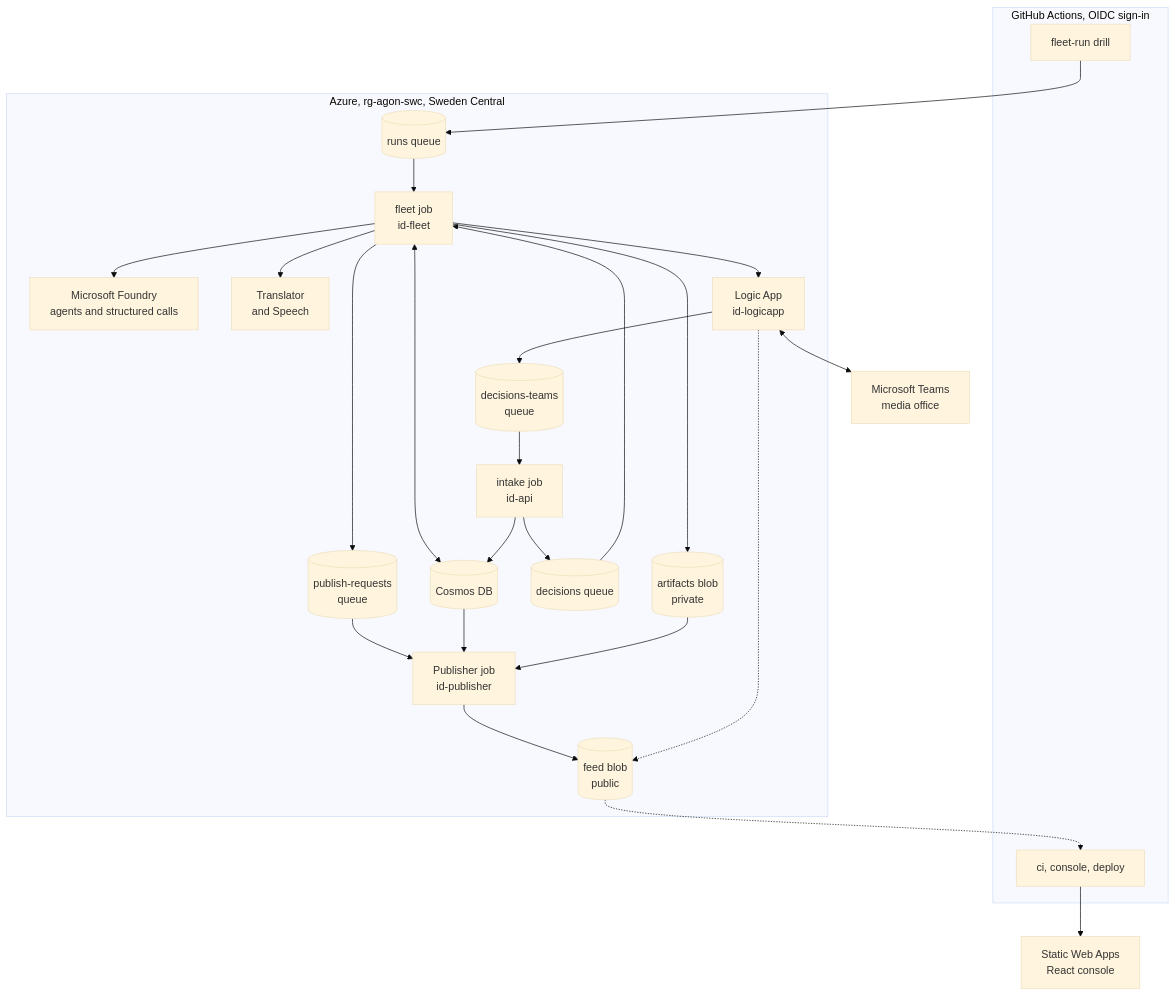
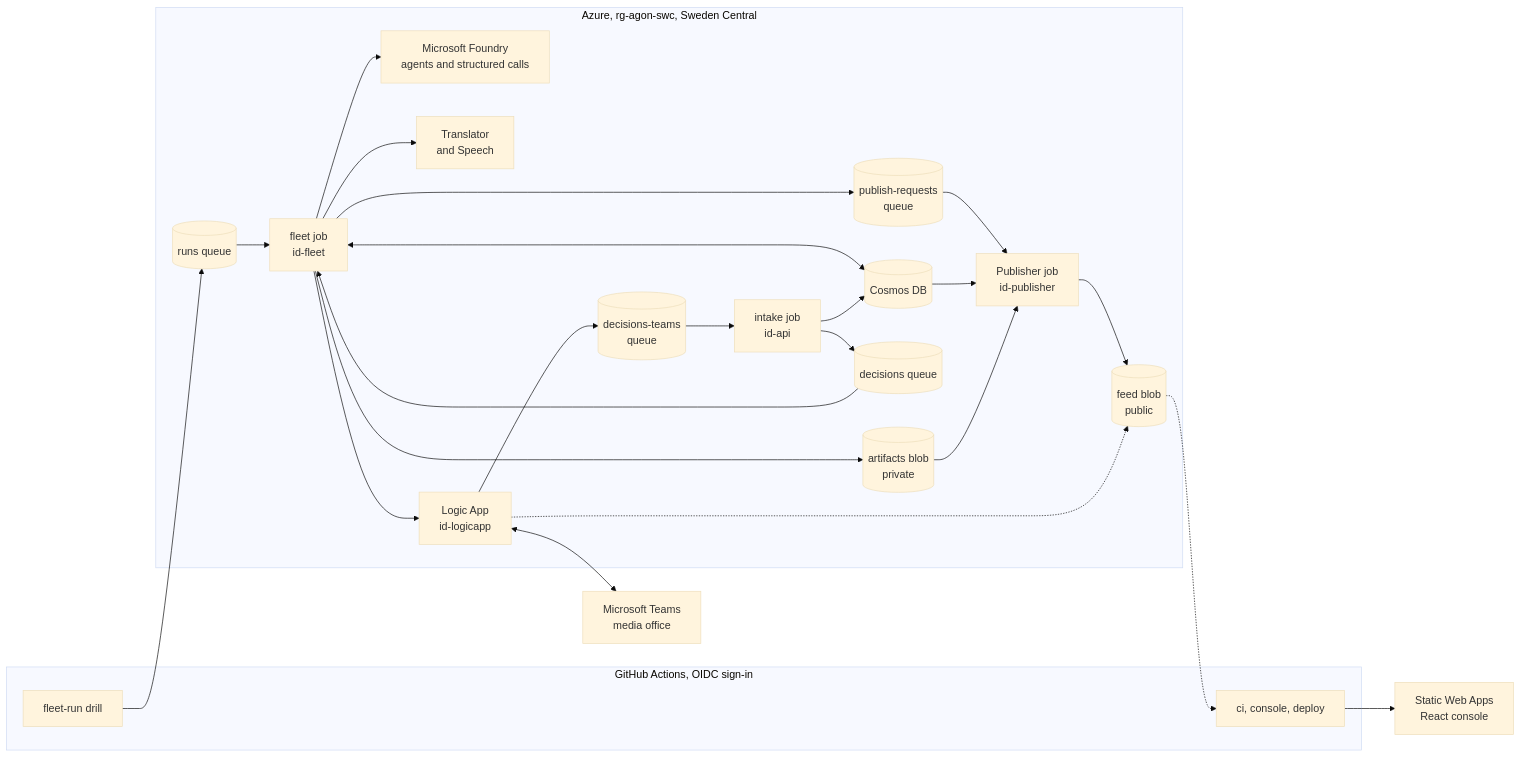
One commit to upgradedev/agon-azure changed the first of 3 diagrams in README.md. Above: the diagram before and after it, drawn with Mermaid (base theme).

Commit message:
docs(readme): architecture diagram left to right

````diff
--- a/README.md
+++ b/README.md
@@ -79,46 +79,46 @@
 ```mermaid
-flowchart TB
+flowchart LR
   subgraph GH["GitHub Actions, OIDC sign-in"]
     DRILL["fleet-run drill"]
     CI["ci, console, deploy"]
   end
   subgraph AZ["Azure, rg-agon-swc, Sweden Central"]
     RUNS[("runs queue")]
     FLEET["fleet job<br/>id-fleet"]
     FOUNDRY["Microsoft Foundry<br/>agents and structured calls"]
     TRS["Translator<br/>and Speech"]
     COSMOS[("Cosmos DB")]
     ART[("artifacts blob<br/>private")]
     LA["Logic App<br/>id-logicapp"]
     DQT[("decisions-teams<br/>queue")]
     INTAKE["intake job<br/>id-api"]
     DQ[("decisions queue")]
     PQ[("publish-requests<br/>queue")]
     PUB["Publisher job<br/>id-publisher"]
     FEED[("feed blob<br/>public")]
   end
   TEAMS["Microsoft Teams<br/>media office"]
   SWA["Static Web Apps<br/>React console"]
 
   DRILL --> RUNS
   RUNS --> FLEET
   FLEET --> FOUNDRY
   FLEET --> TRS
   FLEET <--> COSMOS
   FLEET --> ART
   FLEET --> LA
   LA <--> TEAMS
   LA --> DQT
   DQT --> INTAKE
   INTAKE --> COSMOS
   INTAKE --> DQ
   DQ --> FLEET
   FLEET --> PQ
   PQ --> PUB
   COSMOS --> PUB
   ART --> PUB
   PUB --> FEED
   LA -.-> FEED
   FEED -.-> CI
   CI --> SWA
 ```
````
